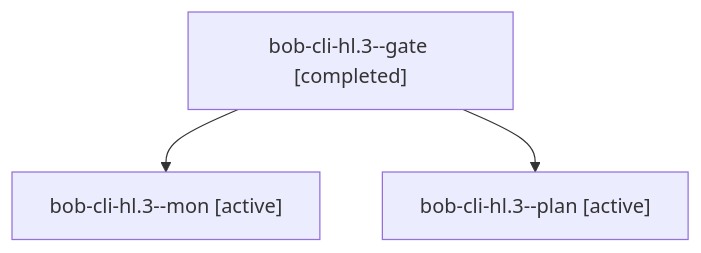
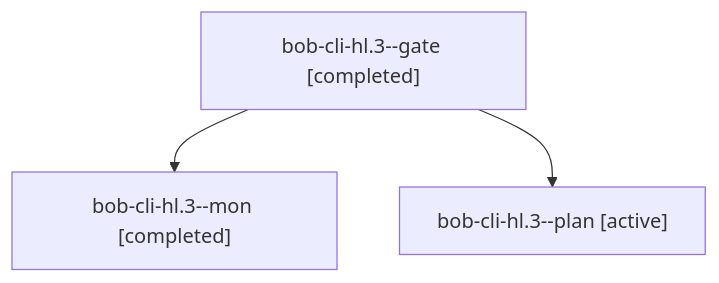
Before and after one commit to bobs-org/bob-cli--agents: the diagram in sessions/bbugyi200.athena.bob-cli-hl.3.md, drawn with Mermaid. The commit also changed other lines of this file and 98 other files, not shown here.

````diff
--- a/sessions/bbugyi200.athena.bob-cli-hl.3.md
+++ b/sessions/bbugyi200.athena.bob-cli-hl.3.md
@@ -9,8 +9,8 @@
 ```mermaid
 flowchart TD
   n0["bob-cli-hl.3--gate [completed]"]
-  n1["bob-cli-hl.3--mon [active]"]
+  n1["bob-cli-hl.3--mon [completed]"]
   n0 --> n1
   n2["bob-cli-hl.3--plan [active]"]
   n0 --> n2
 ```
````
